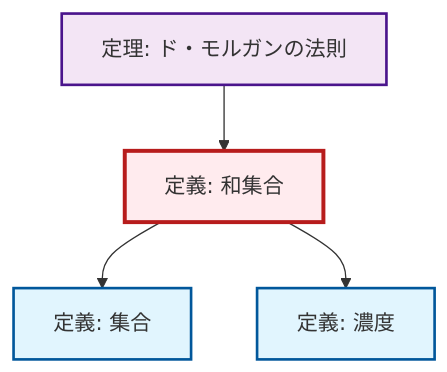
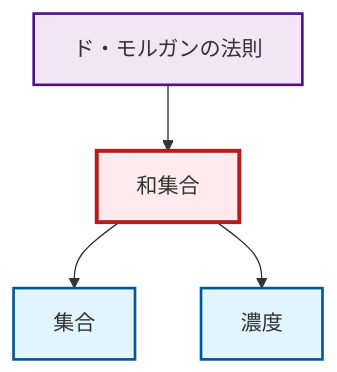
Before and after one commit to RK0429/ModernMath: the diagram in output/mermaid/ja/def-union.mermaid, drawn with Mermaid. The commit also changed 3157 other files, not shown here.

```diff
--- a/output/mermaid/ja/def-union.mermaid
+++ b/output/mermaid/ja/def-union.mermaid
@@ -1,14 +1,14 @@
 graph TD
     classDef definition fill:#e1f5fe,stroke:#01579b,stroke-width:2px
     classDef theorem fill:#f3e5f5,stroke:#4a148c,stroke-width:2px
     classDef axiom fill:#fff3e0,stroke:#e65100,stroke-width:2px
     classDef example fill:#e8f5e9,stroke:#1b5e20,stroke-width:2px
     classDef current fill:#ffebee,stroke:#b71c1c,stroke-width:3px
-    def-cardinality["定義: 濃度"]:::definition
-    def-set["定義: 集合"]:::definition
-    thm-de-morgan["定理: ド・モルガンの法則"]:::theorem
-    def-union["定義: 和集合"]:::definition
+    def-cardinality["濃度"]:::definition
+    thm-de-morgan["ド・モルガンの法則"]:::theorem
+    def-union["和集合"]:::definition
+    def-set["集合"]:::definition
     def-union --> def-set
     thm-de-morgan --> def-union
     def-union --> def-cardinality
     class def-union current
```
